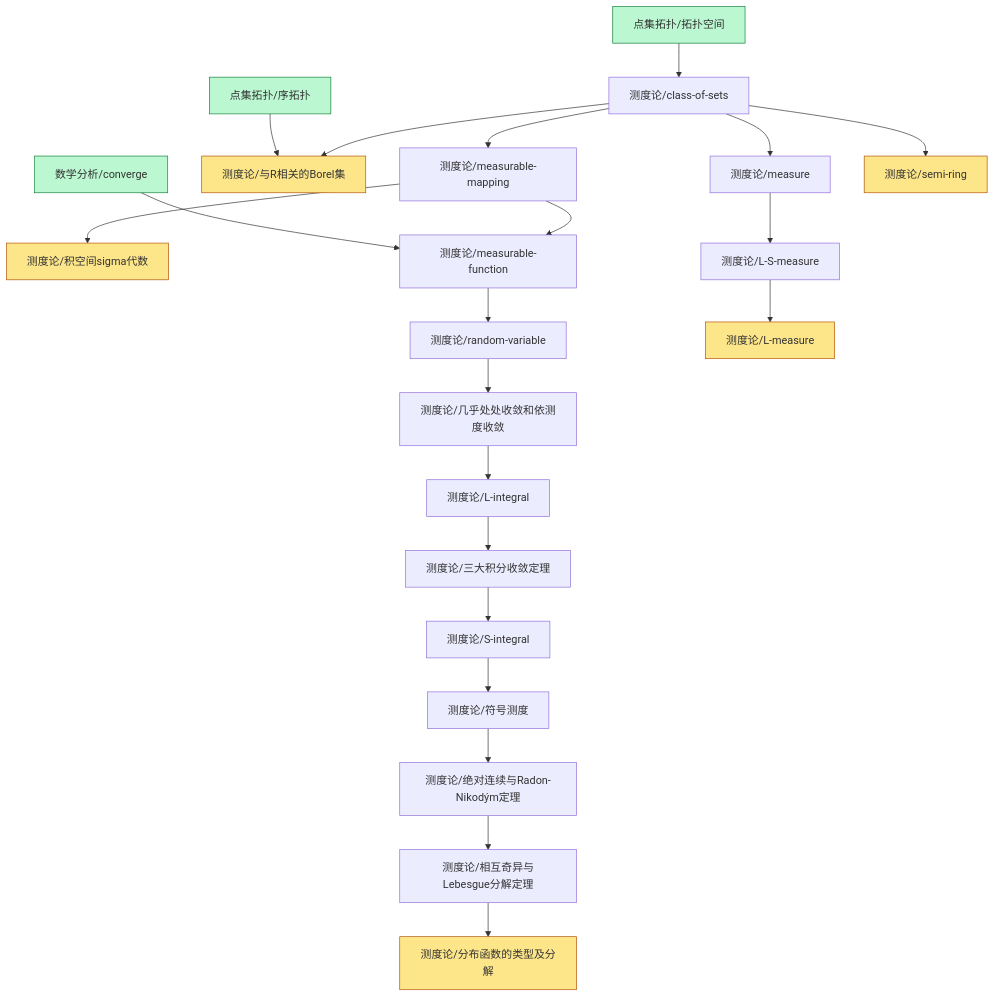
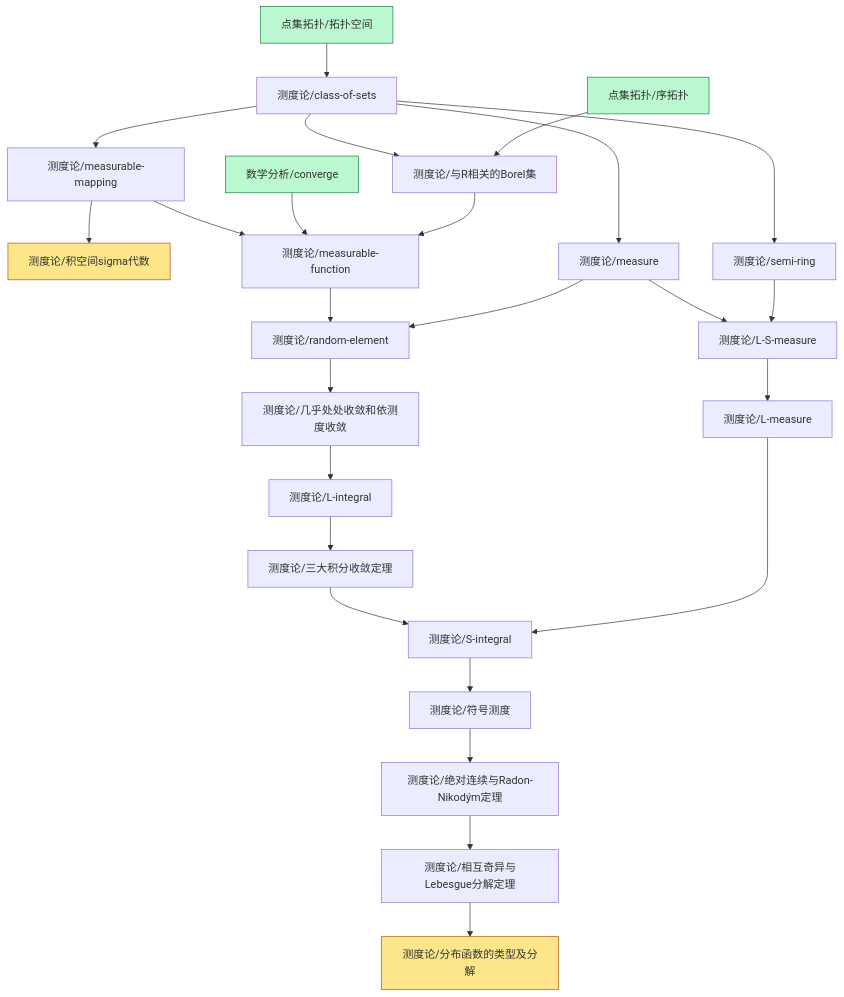
One commit to zeroDtree/zeroDtree.github.io changed the diagram in content/测度论/dependency_graph.md. Above: the diagram before and after it, drawn with Mermaid. The commit also changed 7 other files, not shown here.

````diff
--- a/content/测度论/dependency_graph.md
+++ b/content/测度论/dependency_graph.md
@@ -1,27 +1,31 @@
 ```mermaid
 graph TD
 1["点集拓扑/拓扑空间"] --> 0["测度论/class-of-sets"]
 3["测度论/S-integral"] --> 2["测度论/符号测度"]
 5["测度论/measurable-mapping"] --> 4["测度论/积空间sigma代数"]
 0["测度论/class-of-sets"] --> 5["测度论/measurable-mapping"]
 0["测度论/class-of-sets"] --> 6["测度论/与R相关的Borel集"]
 7["点集拓扑/序拓扑"] --> 6["测度论/与R相关的Borel集"]
 5["测度论/measurable-mapping"] --> 8["测度论/measurable-function"]
 9["数学分析/converge"] --> 8["测度论/measurable-function"]
-8["测度论/measurable-function"] --> 10["测度论/random-variable"]
-12["测度论/measure"] --> 11["测度论/L-S-measure"]
-0["测度论/class-of-sets"] --> 13["测度论/semi-ring"]
+6["测度论/与R相关的Borel集"] --> 8["测度论/measurable-function"]
+11["测度论/measure"] --> 10["测度论/L-S-measure"]
+12["测度论/semi-ring"] --> 10["测度论/L-S-measure"]
+8["测度论/measurable-function"] --> 13["测度论/random-element"]
+11["测度论/measure"] --> 13["测度论/random-element"]
+0["测度论/class-of-sets"] --> 12["测度论/semi-ring"]
 15["测度论/L-integral"] --> 14["测度论/三大积分收敛定理"]
 2["测度论/符号测度"] --> 16["测度论/绝对连续与Radon-Nikodým定理"]
-0["测度论/class-of-sets"] --> 12["测度论/measure"]
-10["测度论/random-variable"] --> 17["测度论/几乎处处收敛和依测度收敛"]
-11["测度论/L-S-measure"] --> 18["测度论/L-measure"]
+0["测度论/class-of-sets"] --> 11["测度论/measure"]
+13["测度论/random-element"] --> 17["测度论/几乎处处收敛和依测度收敛"]
+10["测度论/L-S-measure"] --> 18["测度论/L-measure"]
 14["测度论/三大积分收敛定理"] --> 3["测度论/S-integral"]
+18["测度论/L-measure"] --> 3["测度论/S-integral"]
 16["测度论/绝对连续与Radon-Nikodým定理"] --> 19["测度论/相互奇异与Lebesgue分解定理"]
 17["测度论/几乎处处收敛和依测度收敛"] --> 15["测度论/L-integral"]
 19["测度论/相互奇异与Lebesgue分解定理"] --> 20["测度论/分布函数的类型及分解"]
 classDef leaf fill:#fde68a,stroke:#b45309
-class 4,6,13,18,20 leaf
+class 4,20 leaf
 classDef foundationRoot fill:#bbf7d0,stroke:#15803d
 class 1,7,9 foundationRoot
 ```
````
